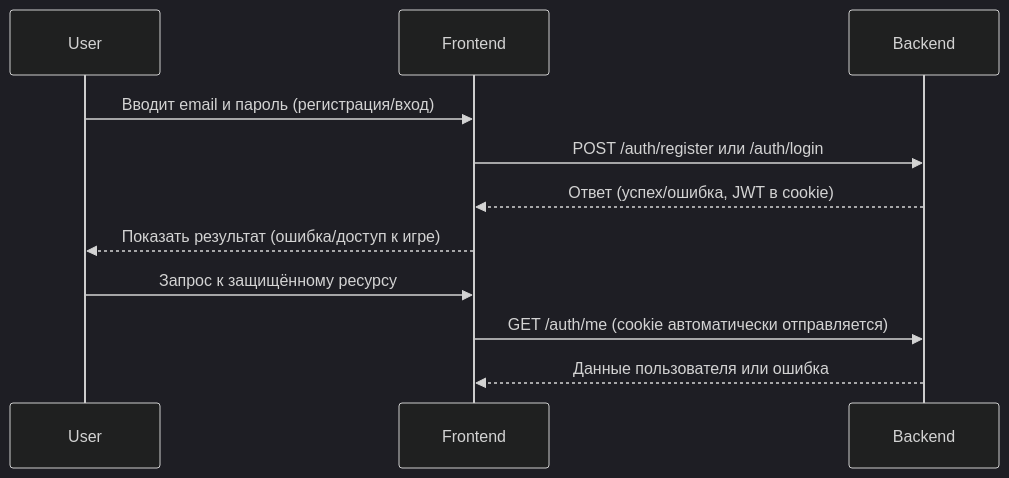
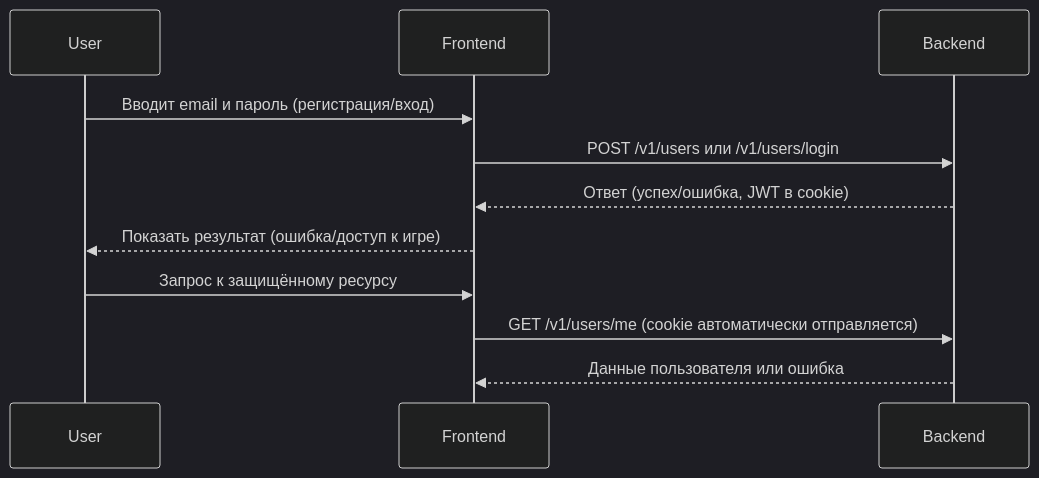
One commit to SanoLitch/auto-strategy changed the diagram in docs/05_auth_analytics.md. Above: the diagram before and after it, drawn with Mermaid (dark theme). The commit also changed other lines of this file and 5 other files, not shown here.

````diff
--- a/docs/05_auth_analytics.md
+++ b/docs/05_auth_analytics.md
@@ -151,14 +159,14 @@
 ```mermaid
 sequenceDiagram
     participant User
     participant Frontend
     participant Backend
 
     User->>Frontend: Вводит email и пароль (регистрация/вход)
-    Frontend->>Backend: POST /auth/register или /auth/login
+    Frontend->>Backend: POST /v1/users или /v1/users/login
     Backend-->>Frontend: Ответ (успех/ошибка, JWT в cookie)
     Frontend-->>User: Показать результат (ошибка/доступ к игре)
     User->>Frontend: Запрос к защищённому ресурсу
-    Frontend->>Backend: GET /auth/me (cookie автоматически отправляется)
+    Frontend->>Backend: GET /v1/users/me (cookie автоматически отправляется)
     Backend-->>Frontend: Данные пользователя или ошибка
 ```
````
